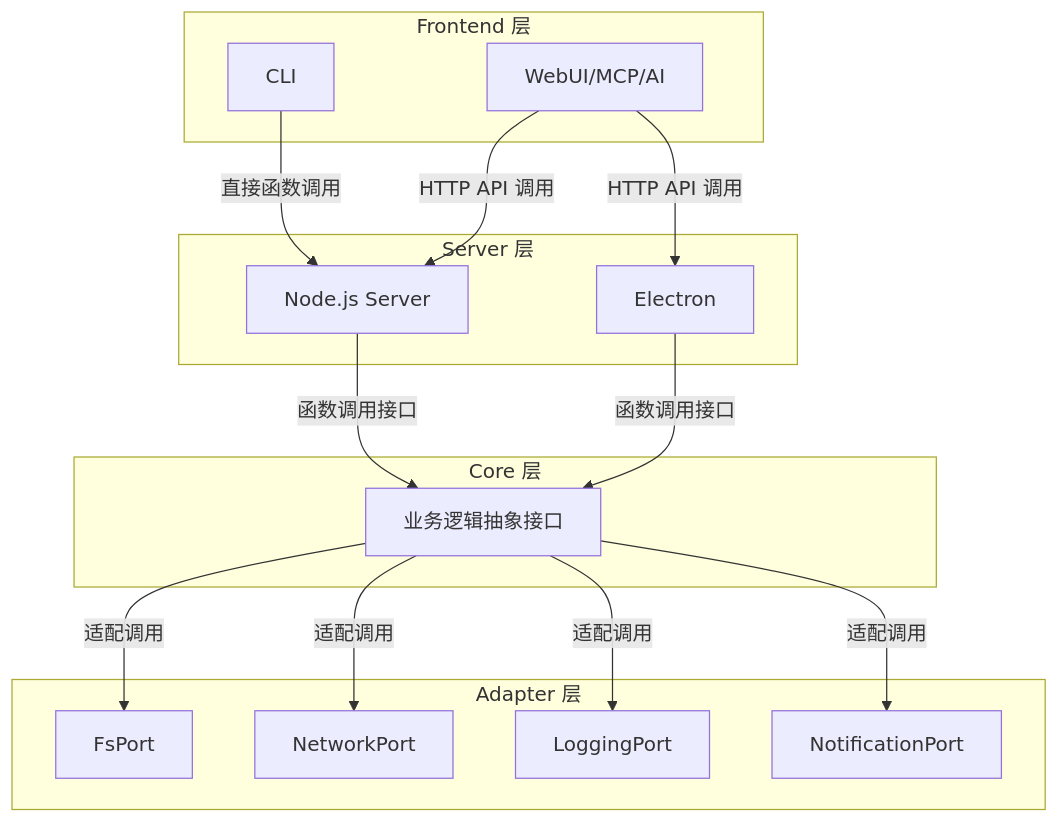
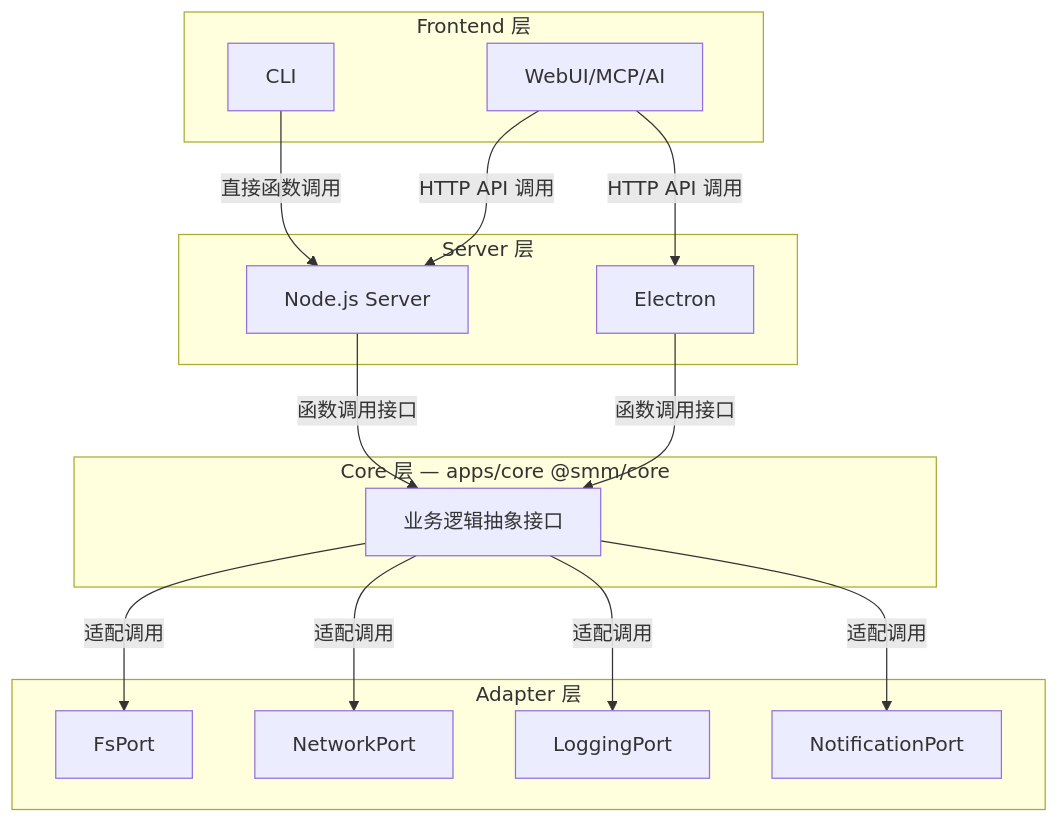
One commit to lawrenceching/SMM changed the first of 2 diagrams in docs/dev/overview.md. Above: the diagram before and after it, drawn with Mermaid. The commit also changed other lines of this file and 120 other files, not shown here.

Commit message:
chore: remove packages/core and document types/utils/@smm/core split

````diff
--- a/docs/dev/overview.md
+++ b/docs/dev/overview.md
@@ -10,36 +10,36 @@
 ```mermaid
 graph TD
     subgraph L1[Frontend 层]
         A[CLI]
         B[WebUI/MCP/AI]
     end
 
     subgraph L2[Server 层]
         C[Node.js Server]
         D[Electron]
     end
 
-    subgraph L3[Core 层]
+    subgraph L3[Core 层 — apps/core @smm/core]
         E[业务逻辑抽象接口]
     end
 
     subgraph L4[Adapter 层]
         F[FsPort]
         G[NetworkPort]
         H[LoggingPort]
         I[NotificationPort]
     end
 
     %% 自上而下的调用关系
     A -->|直接函数调用| C
     B -->|HTTP API 调用| C
     B -->|HTTP API 调用| D
     
     C -->|函数调用接口| E
     D -->|函数调用接口| E
     
     E -->|适配调用| F
     E -->|适配调用| G
     E -->|适配调用| H
     E -->|适配调用| I
 ```
````
